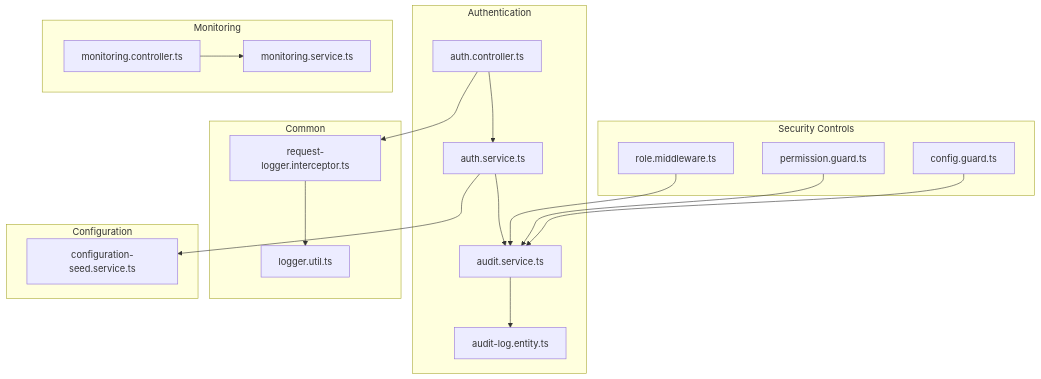
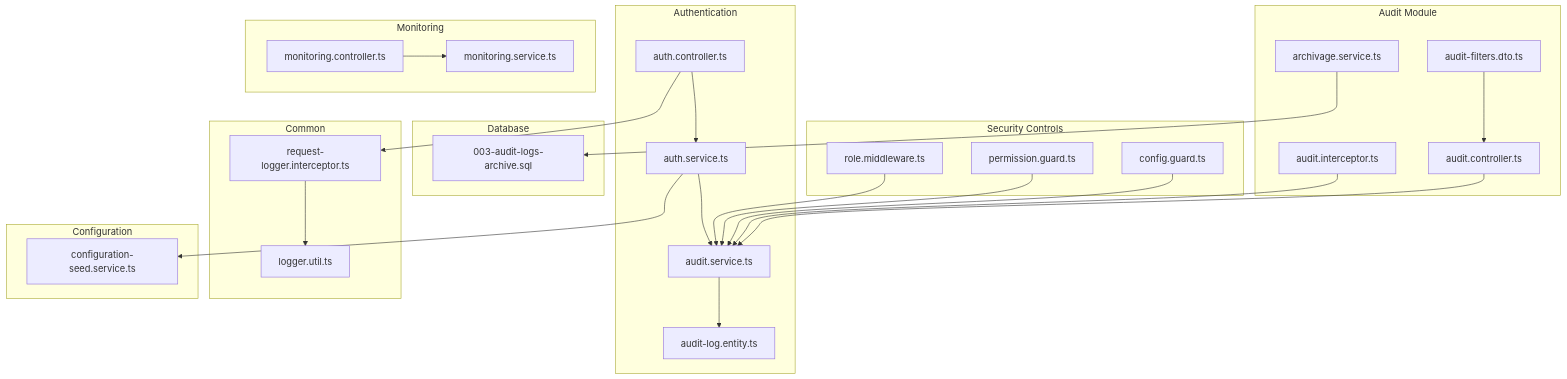
One commit to franckylab/eLISAschool changed the first of 11 diagrams in .qoder/repowiki/en/content/Authentication & Authorization/Audit Logging & Monitoring.md. Above: the diagram before and after it, drawn with Mermaid. The commit also changed other lines of this file and 67 other files, not shown here.

````diff
--- a/.qoder/repowiki/en/content/Authentication & Authorization/Audit Logging & Monitoring.md
+++ b/.qoder/repowiki/en/content/Authentication & Authorization/Audit Logging & Monitoring.md
@@ -42,35 +60,48 @@
 ```mermaid
 graph TB
 subgraph "Authentication"
 AC["auth.controller.ts"]
 AS["auth.service.ts"]
 AU["audit.service.ts"]
 AE["audit-log.entity.ts"]
+end
+subgraph "Audit Module"
+AIC["audit.interceptor.ts"]
+ACtrl["audit.controller.ts"]
+AAS["archivage.service.ts"]
+AFD["audit-filters.dto.ts"]
+end
+subgraph "Database"
+MIG["003-audit-logs-archive.sql"]
 end
 subgraph "Common"
 RL["request-logger.interceptor.ts"]
 LU["logger.util.ts"]
 end
 subgraph "Monitoring"
 MC["monitoring.controller.ts"]
 MS["monitoring.service.ts"]
 end
 subgraph "Security Controls"
 RMW["role.middleware.ts"]
 PG["permission.guard.ts"]
 CG["config.guard.ts"]
 end
 subgraph "Configuration"
 CS["configuration-seed.service.ts"]
 end
 AC --> AS
 AS --> AU
 AU --> AE
 AC --> RL
 RL --> LU
 MC --> MS
 RMW --> AU
 PG --> AU
 CG --> AU
+AIC --> AU
+ACtrl --> AU
+AAS --> MIG
+AFD --> ACtrl
 AS --> CS
 ```
````
